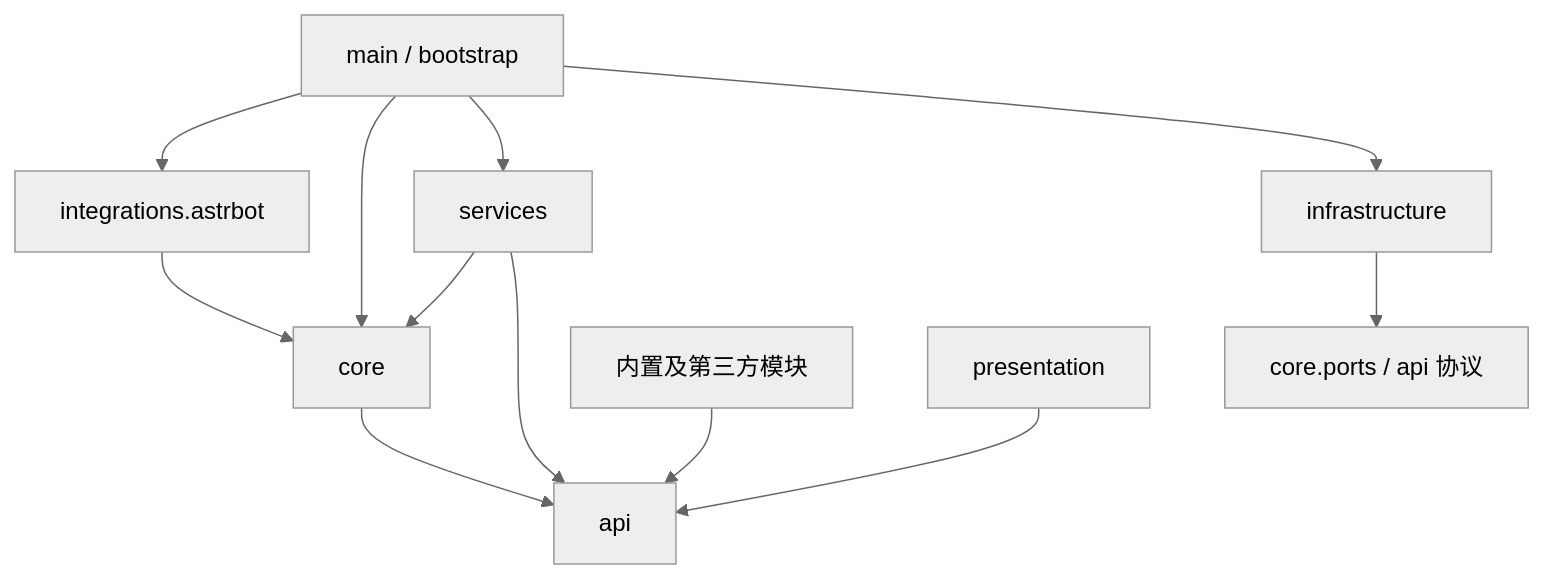
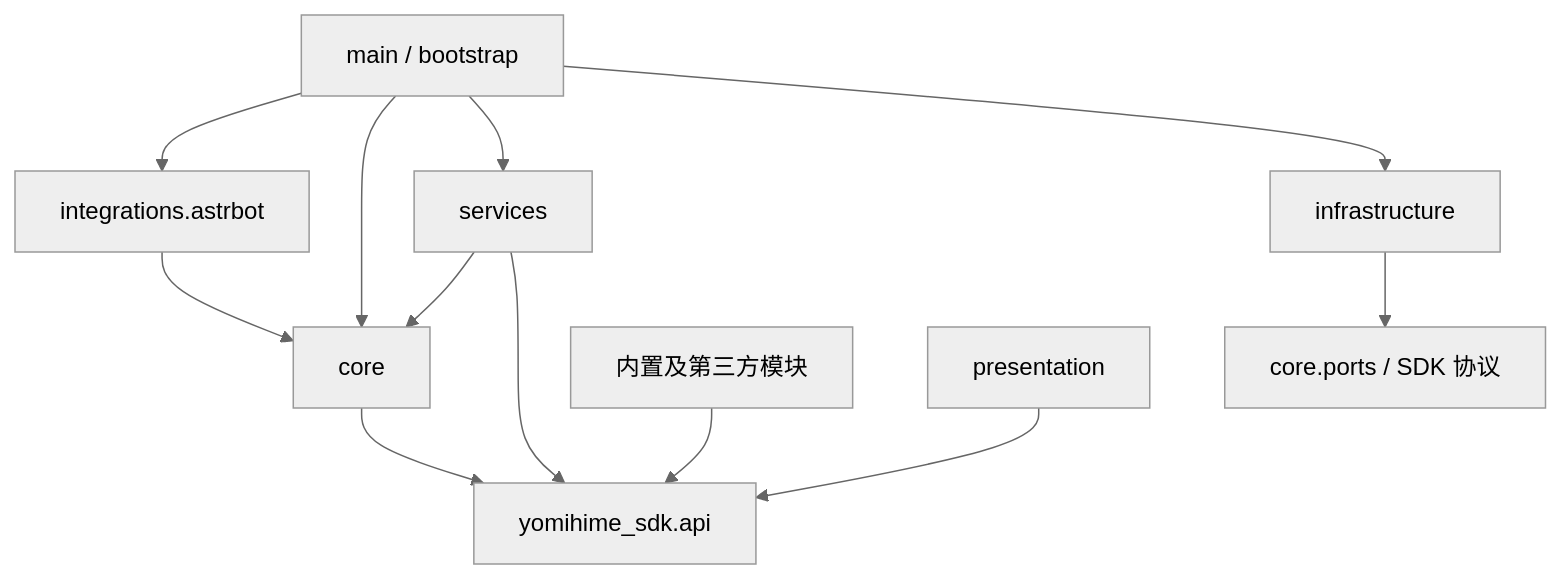
One commit to yomihime/astrbot_plugin_yomihime_game_link changed the first of 3 diagrams in docs/code-architecture/core.md. Above: the diagram before and after it, drawn with Mermaid (neutral theme). The commit also changed other lines of this file and 40 other files, not shown here.

````diff
--- a/docs/code-architecture/core.md
+++ b/docs/code-architecture/core.md
@@ -116,14 +117,14 @@
 ```mermaid
 flowchart TD
     Main[main / bootstrap] --> Bridge[integrations.astrbot]
     Main --> Core[core]
     Main --> Services[services]
     Main --> Infra[infrastructure]
     Bridge --> Core
     Services --> Core
-    Infra --> Ports[core.ports / api 协议]
-    Core --> API[api]
+    Infra --> Ports[core.ports / SDK 协议]
+    Core --> API[yomihime_sdk.api]
     Services --> API
     Module[内置及第三方模块] --> API
     Present[presentation] --> API
 ```
````
